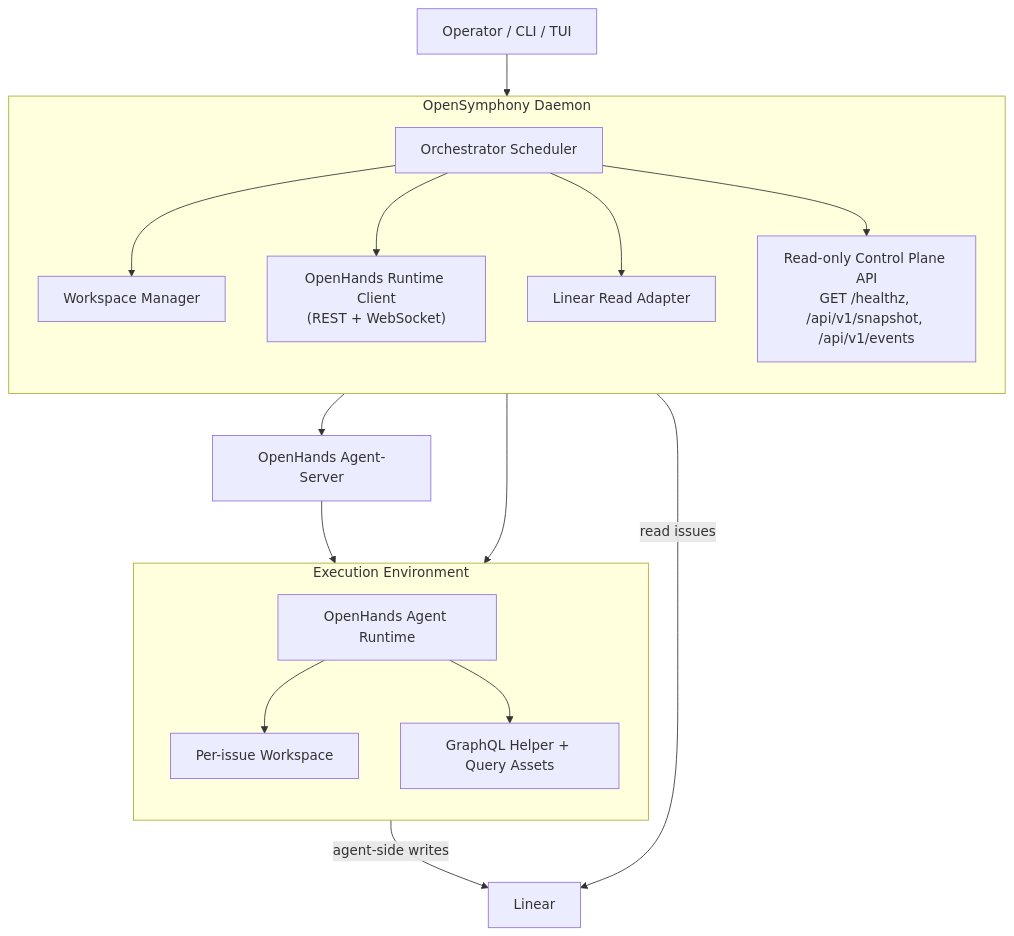
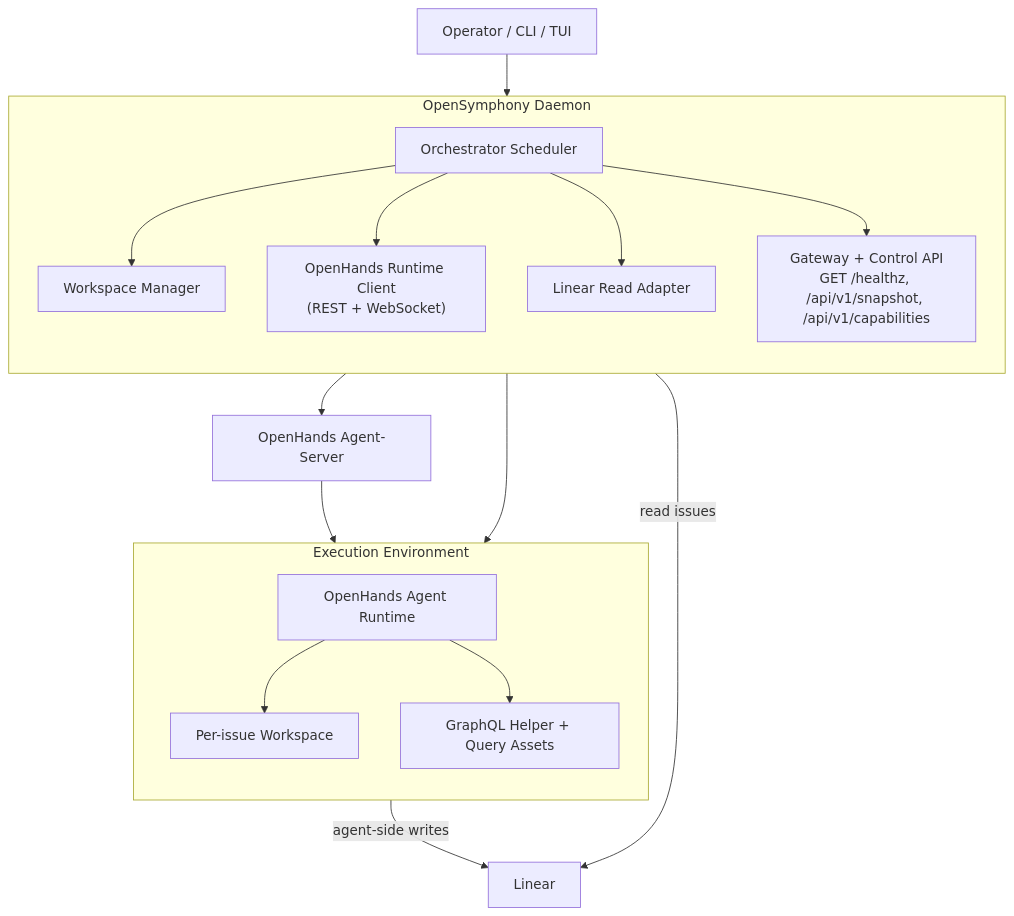
The diagram in README.md (hoang-trinh-0101/dotSymphony), drawn with Mermaid before and after one commit. The commit also changed other lines of this file and 12 other files, not shown here.

````diff
--- a/README.md
+++ b/README.md
@@ -190,38 +198,38 @@
 ```mermaid
 flowchart TB
     operator["Operator / CLI / TUI"]
 
     subgraph daemon["OpenSymphony Daemon"]
         direction TB
         orchestrator["Orchestrator Scheduler"]
         workspace["Workspace Manager"]
-        control["Read-only Control Plane API<br/>GET /healthz, /api/v1/snapshot, /api/v1/events"]
+        control["Gateway + Control API<br/>GET /healthz, /api/v1/snapshot, /api/v1/capabilities"]
         runtime["OpenHands Runtime Client<br/>(REST + WebSocket)"]
         linear_read["Linear Read Adapter"]
 
         orchestrator --> workspace
         orchestrator --> runtime
         orchestrator --> linear_read
         orchestrator --> control
     end
 
     subgraph execution["Execution Environment"]
         direction TB
         issue_ws["Per-issue Workspace"]
         agent["OpenHands Agent Runtime"]
         graphql["GraphQL Helper + Query Assets"]
 
         agent --> issue_ws
         agent --> graphql
     end
 
     linear["Linear"]
     openhands["OpenHands Agent-Server"]
 
     operator --> control
     workspace --> issue_ws
     runtime --> openhands
     openhands --> agent
     linear_read -->|read issues| linear
     graphql -->|agent-side writes| linear
 ```
````
